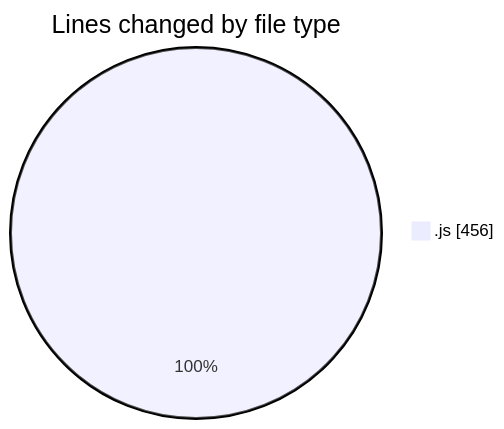
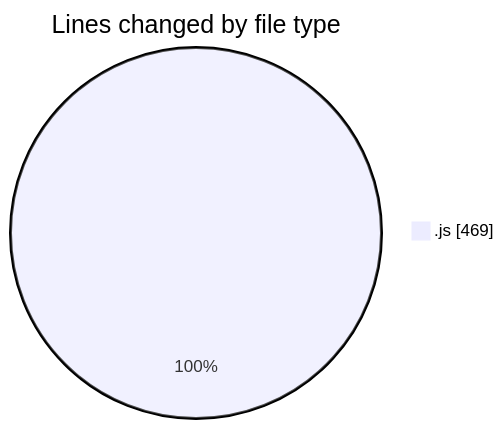
Before and after one commit to Ritupan-Deka/code-tracking: the first of 2 diagrams in 2025-07-28/javascript/README.md, drawn with Mermaid. The commit also changed other lines of this file and 1 other file, not shown here.

````diff
--- a/2025-07-28/javascript/README.md
+++ b/2025-07-28/javascript/README.md
@@ -20,5 +20,5 @@
 ```mermaid
 pie showData
 title Lines changed by file type
-".js" : 456
+".js" : 469
 ```
````
